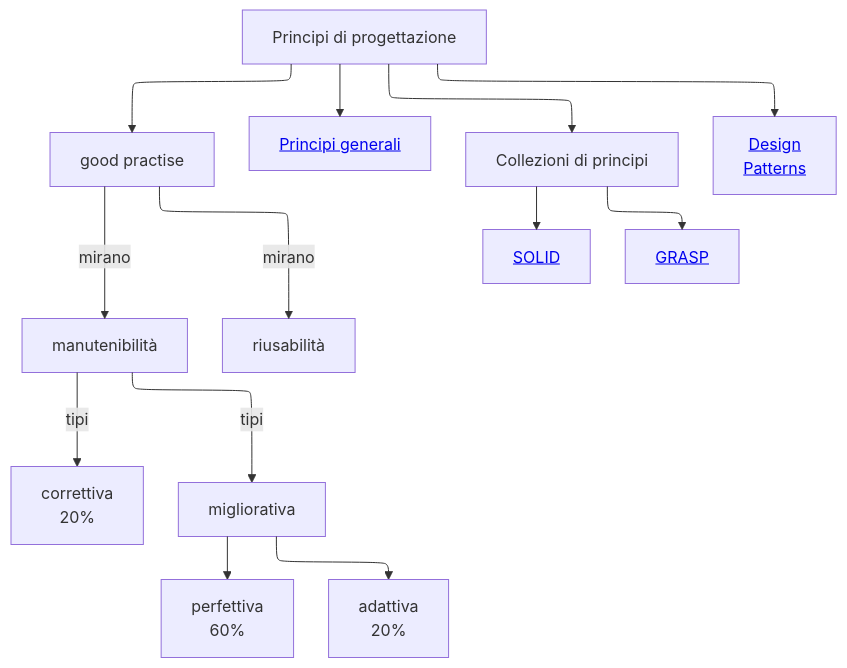
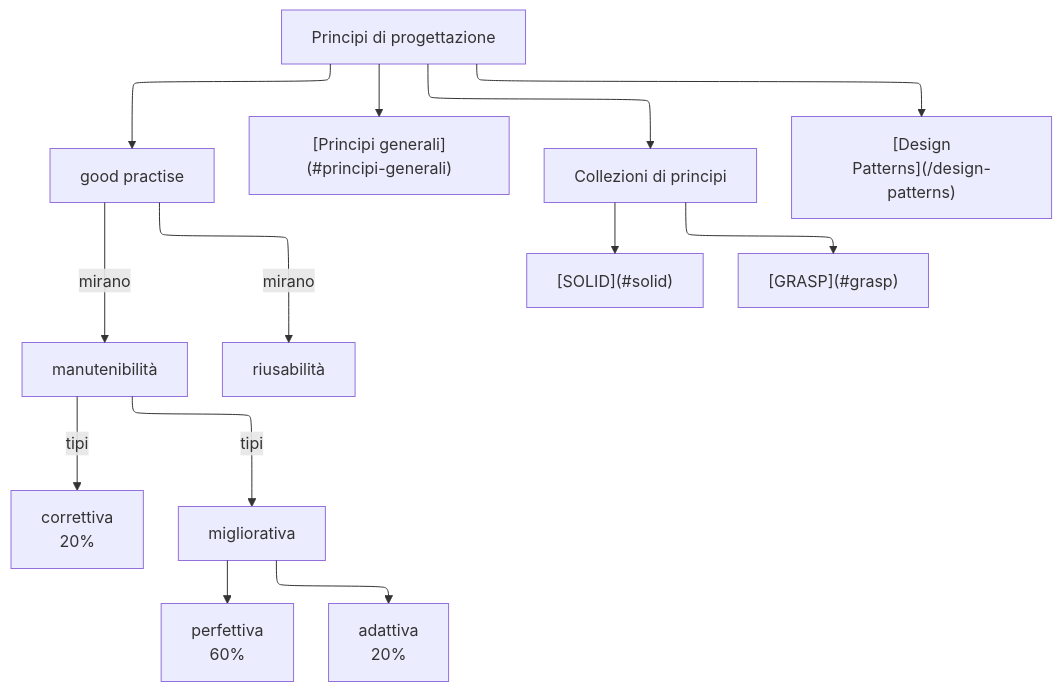
Before and after one commit to Firi0n/appunti-unipi: the first of 8 diagrams in src/content/docs/software_engineering/Progettazione/principi_progettazione.md, drawn with Mermaid. The commit also changed other lines of this file and 8 other files, not shown here.

Commit message:
end design patterns

````diff
--- a/src/content/docs/software_engineering/Progettazione/principi_progettazione.md
+++ b/src/content/docs/software_engineering/Progettazione/principi_progettazione.md
@@ -7,21 +7,25 @@
 ```mermaid
 ---
 config:
     layout: elk
     elk: {
         considerModelOrder: "PREFER_NODES",
         forceNodeModelOrder: true
     }
 ---
 flowchart TD
 
     PP[Principi di progettazione] --> gp[good practise] -- mirano --> manutenibilità & riusabilità
-    manutenibilità --tipi--> correttiva[correttiva<br>20%] & migliorativa
-    migliorativa --> perfettiva[perfettiva<br>60%] & adattiva[adattiva<br>20%]
+    manutenibilità --tipi--> correttiva["correttiva
+20%"] & migliorativa
+    migliorativa --> perfettiva["perfettiva
+60%"] & adattiva["adattiva
+20%"]
 
-    PP --> PG[<a href="#principi-generali">Principi generali</a>]
+    PP --> PG["[Principi generali](#principi-generali)"]
 
-    PP --> CP[Collezioni di principi] --> SOLID[<a href="#solid">SOLID</a>] & GRASP[<a href="#grasp">GRASP</a>]
+    PP --> CP[Collezioni di principi] --> SOLID["[SOLID](#solid)"] & GRASP["[GRASP](#grasp)"]
 
-    PP --> DP[<a href="/design-patterns">Design<br>Patterns</a>]
+    PP --> DP["[Design
+Patterns](/design-patterns)"]
 ```
````
